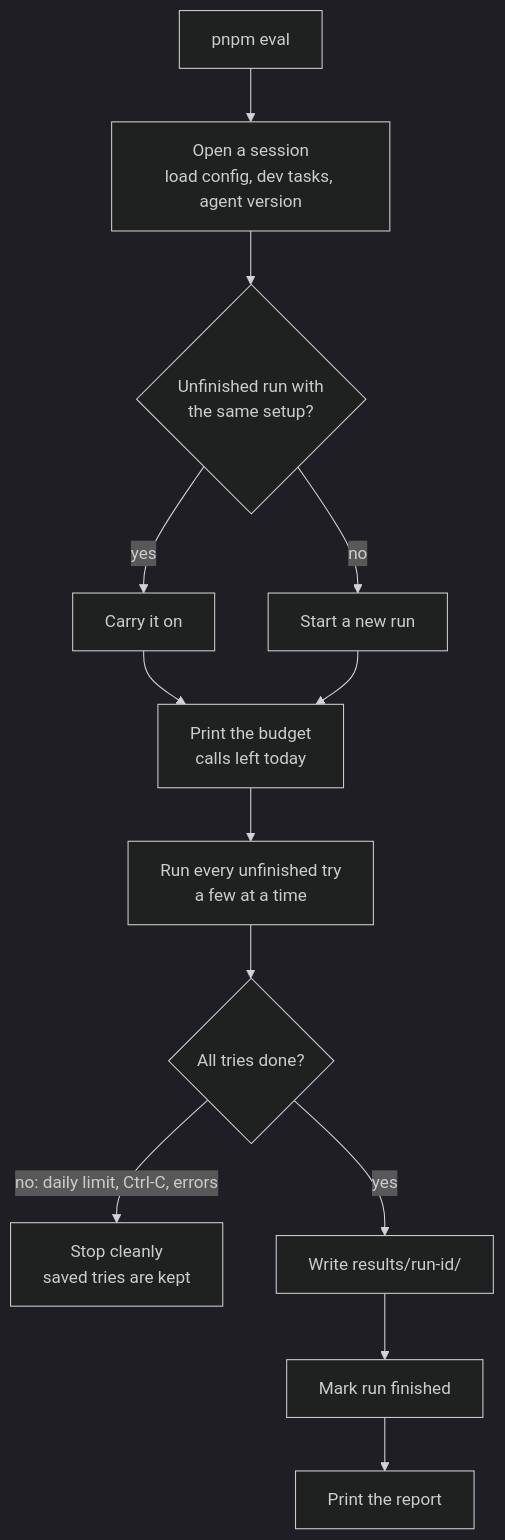
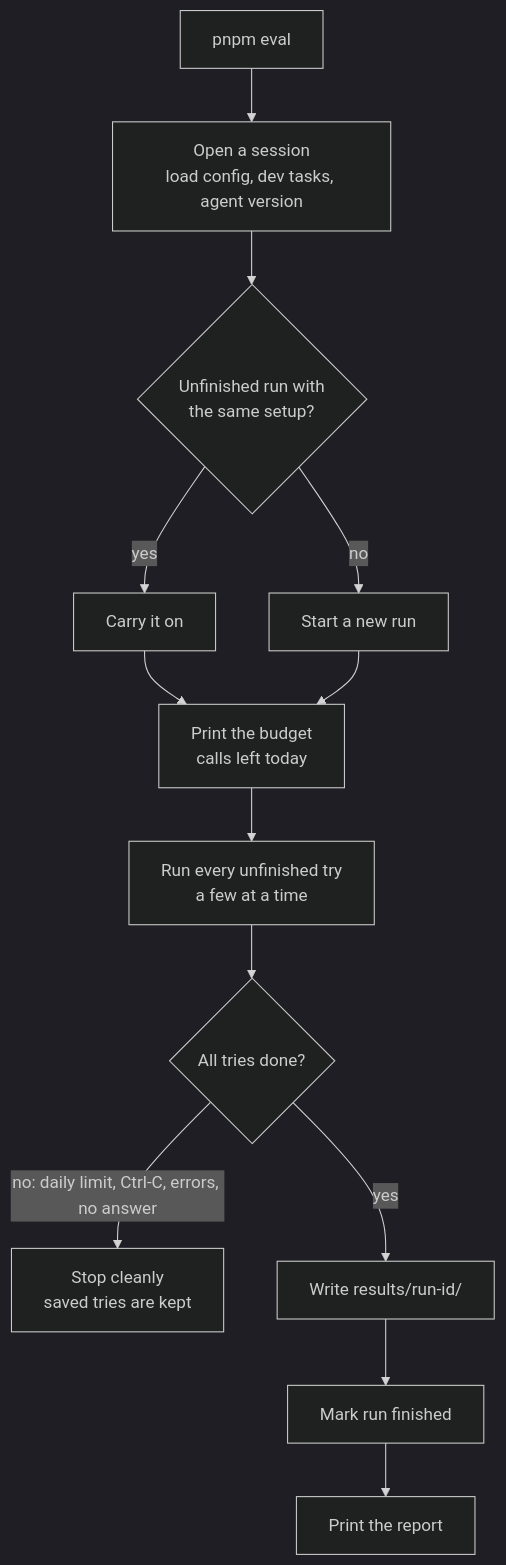
The second of 6 diagrams in docs/FLOW.md (UzairJIqbal/verifai), drawn with Mermaid (dark theme) before and after one commit. The commit also changed other lines of this file and 10 other files, not shown here.

First line of the commit message:
Redo tries whose model call got no answer; Langfuse can't crash a command

````diff
--- a/docs/FLOW.md
+++ b/docs/FLOW.md
@@ -80,15 +81,15 @@
 ```mermaid
 flowchart TD
     A["pnpm eval"] --> B["Open a session<br/>load config, dev tasks, agent version"]
     B --> C{"Unfinished run with<br/>the same setup?"}
     C -- yes --> D["Carry it on"]
     C -- no --> E["Start a new run"]
     D --> F["Print the budget<br/>calls left today"]
     E --> F
     F --> G["Run every unfinished try<br/>a few at a time"]
     G --> H{"All tries done?"}
-    H -- "no: daily limit, Ctrl-C, errors" --> I["Stop cleanly<br/>saved tries are kept"]
+    H -- "no: daily limit, Ctrl-C, errors, no answer" --> I["Stop cleanly<br/>saved tries are kept"]
     H -- yes --> J["Write results/run-id/"]
     J --> K["Mark run finished"]
     K --> L["Print the report"]
 ```
````
